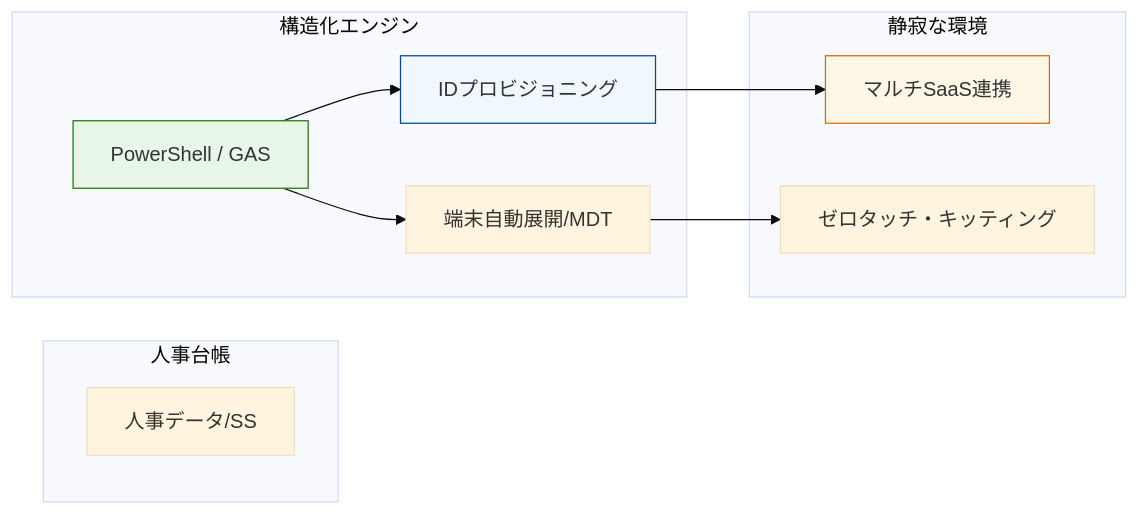
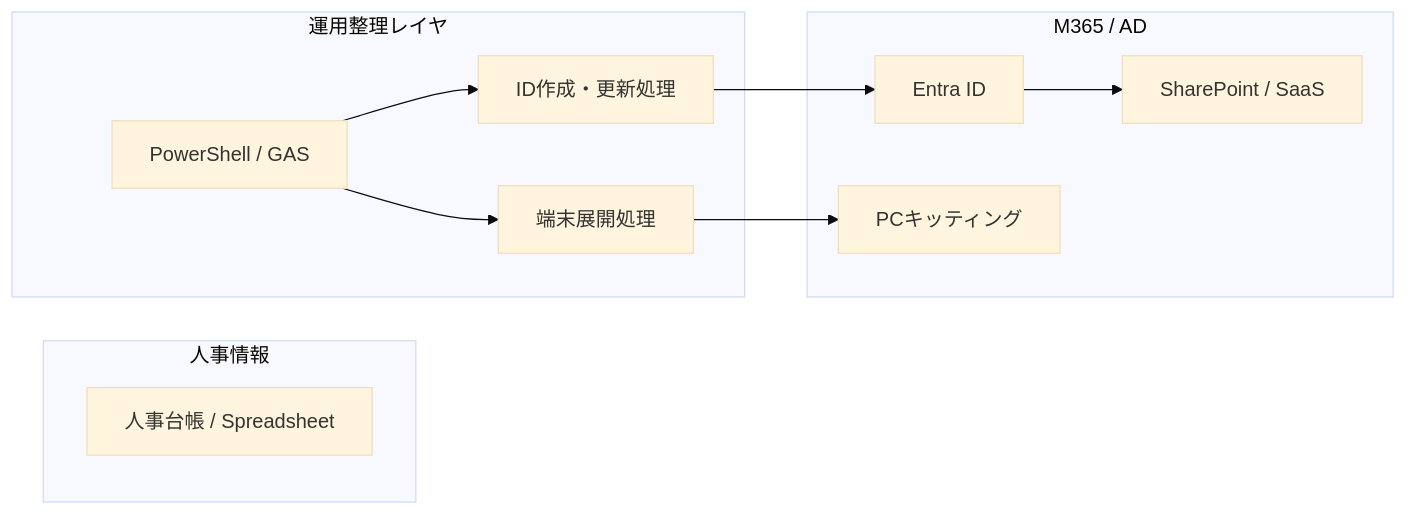
Before and after one commit to conti0513/development_public: the diagram in projects/03_modern_it_automation/README.md, drawn with Mermaid (base theme). The commit also changed other lines of this file, not shown here.

````diff
--- a/projects/03_modern_it_automation/README.md
+++ b/projects/03_modern_it_automation/README.md
@@ -13,21 +65,18 @@
 ```mermaid
 graph LR
-    subgraph Input [人事台帳]
-        HR[人事データ/SS]
+    subgraph Input [人事情報]
+        HR[人事台帳 / Spreadsheet]
     end
 
-    subgraph Automation [構造化エンジン]
-        Script[PowerShell / GAS] --> Auth[IDプロビジョニング]
-        Script --> MDT[端末自動展開/MDT]
+    subgraph Automation [運用整理レイヤ]
+        Script[PowerShell / GAS]
+        Script --> ID[ID作成・更新処理]
+        Script --> MDT[端末展開処理]
     end
 
-    subgraph Output [静寂な環境]
-        Auth --> SaaS[マルチSaaS連携]
-        MDT --> PC[ゼロタッチ・キッティング]
+    subgraph Platform [M365 / AD]
+        ID --> Entra[Entra ID]
+        Entra --> SaaS[SharePoint / SaaS]
+        MDT --> PC[PCキッティング]
     end
-
-    style Script fill:#e8f5e9,stroke:#237804,stroke-width:1px
-    style Auth fill:#f0f7ff,stroke:#004a99,stroke-width:1px
-    style SaaS fill:#fff7e6,stroke:#d46b08,stroke-width:1px
-
 ```
````
